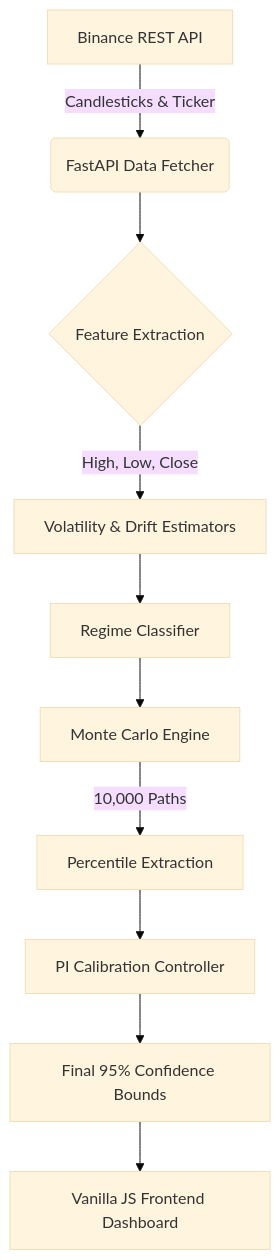
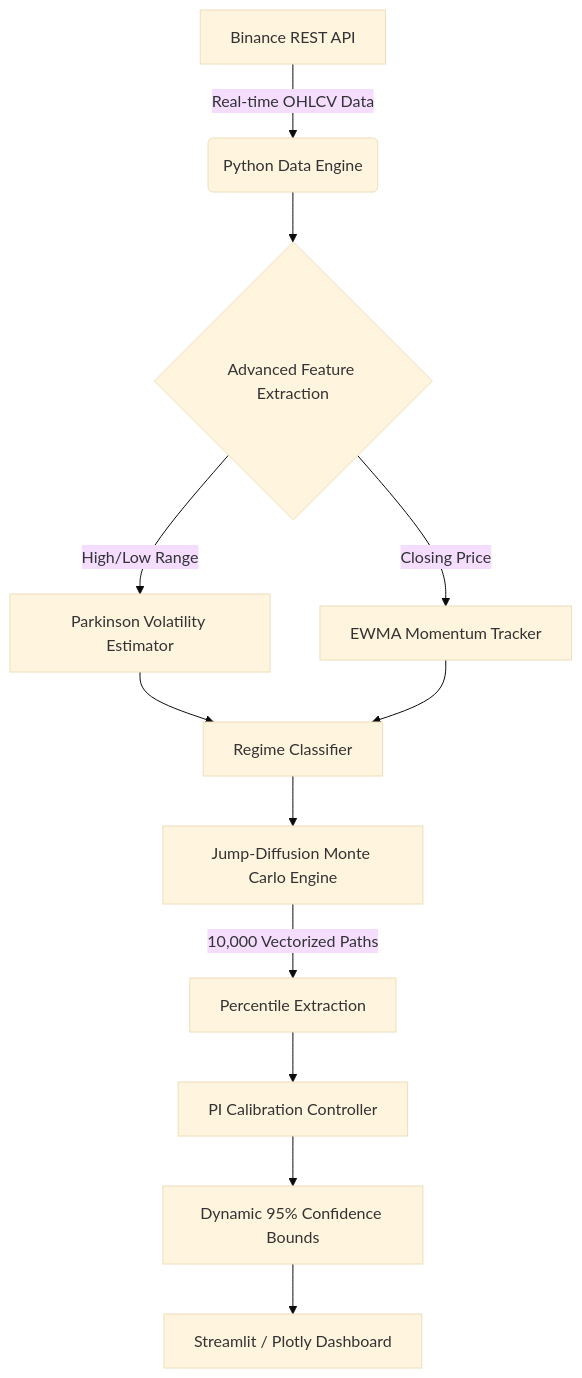
One commit to SOHAMPAL23/Forecaster changed the diagram in ModelWorking.md. Above: the diagram before and after it, drawn with Mermaid (base theme). The commit also changed other lines of this file and 2 other files, not shown here.

````diff
--- a/ModelWorking.md
+++ b/ModelWorking.md
@@ -11,12 +19,13 @@
 ```mermaid
 graph TD
-    A[Binance REST API] -->|Candlesticks & Ticker| B(FastAPI Data Fetcher)
-    B --> C{Feature Extraction}
-    C -->|High, Low, Close| D[Volatility & Drift Estimators]
-    D --> E[Regime Classifier]
-    E --> F[Monte Carlo Engine]
-    F -->|10,000 Paths| G[Percentile Extraction]
-    G --> H[PI Calibration Controller]
-    H --> I[Final 95% Confidence Bounds]
-    I --> J[Vanilla JS Frontend Dashboard]
+    A[Binance REST API] -->|Real-time OHLCV Data| B(Python Data Engine)
+    B --> C{Advanced Feature Extraction}
+    C -->|High/Low Range| D[Parkinson Volatility Estimator]
+    C -->|Closing Price| E[EWMA Momentum Tracker]
+    D & E --> F[Regime Classifier]
+    F --> G[Jump-Diffusion Monte Carlo Engine]
+    G -->|10,000 Vectorized Paths| H[Percentile Extraction]
+    H --> I[PI Calibration Controller]
+    I --> J[Dynamic 95% Confidence Bounds]
+    J --> K[Streamlit / Plotly Dashboard]
 ```
````
